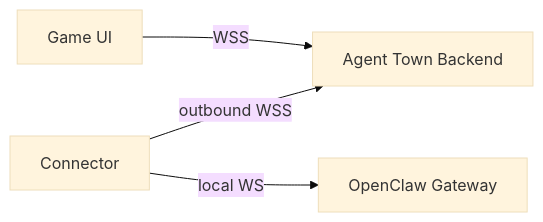
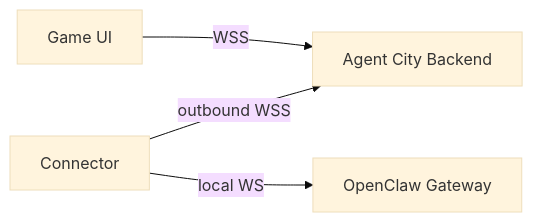
The diagram in README.md (juftfi/AgentCity), drawn with Mermaid (base theme) before and after one commit. The commit also changed other lines of this file and 8 other files, not shown here.

````diff
--- a/README.md
+++ b/README.md
@@ -89,11 +89,11 @@
 ```mermaid
 flowchart LR
     UI[Game UI]
-    Backend[Agent Town Backend]
+    Backend[Agent City Backend]
     Connector[Connector]
     GW[OpenClaw Gateway]
 
     UI -->|WSS| Backend
     Connector -->|outbound WSS| Backend
     Connector -->|local WS| GW
 ```
````
